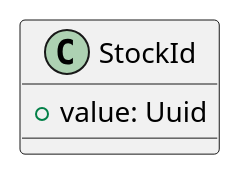
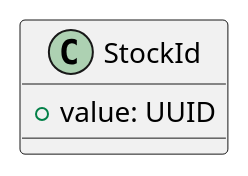
The diagram in src/main/kotlin/stock_management/domain/models/book/stock/stock_id/StockId.puml (paper2/ddd-hands-on-kotlin), drawn with PlantUML before and after one commit. The commit also changed 11 other files, not shown here.

```diff
--- a/src/main/kotlin/stock_management/domain/models/book/stock/stock_id/StockId.puml
+++ b/src/main/kotlin/stock_management/domain/models/book/stock/stock_id/StockId.puml
@@ -2,7 +2,7 @@
 @startuml StockId
 
 class "StockId" as StockId {
-    + value: Uuid
+    + value: UUID
 }
 
 @enduml
```
